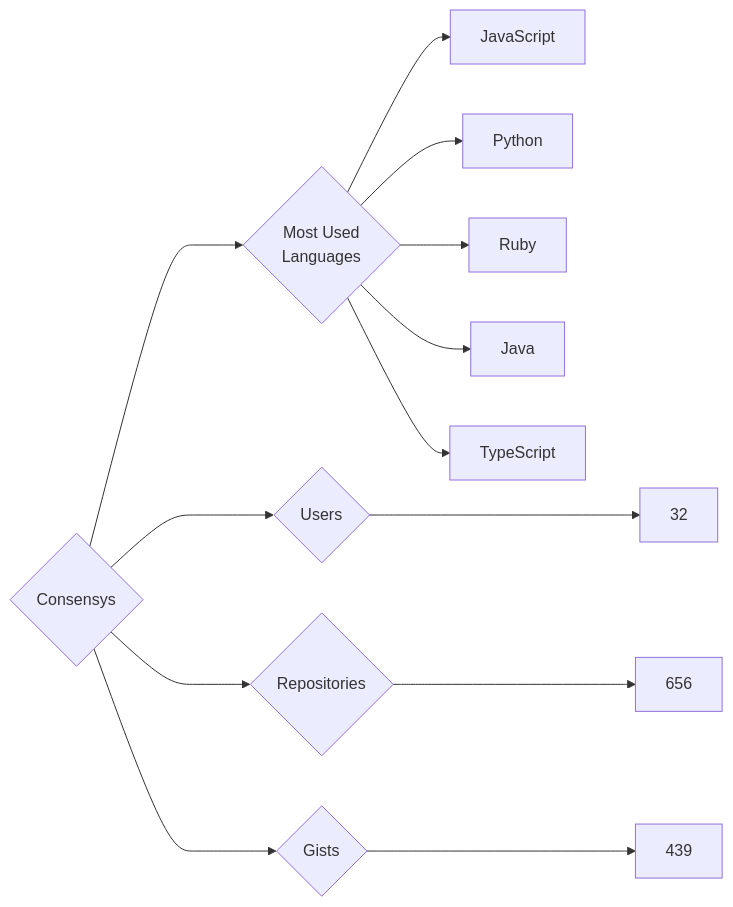
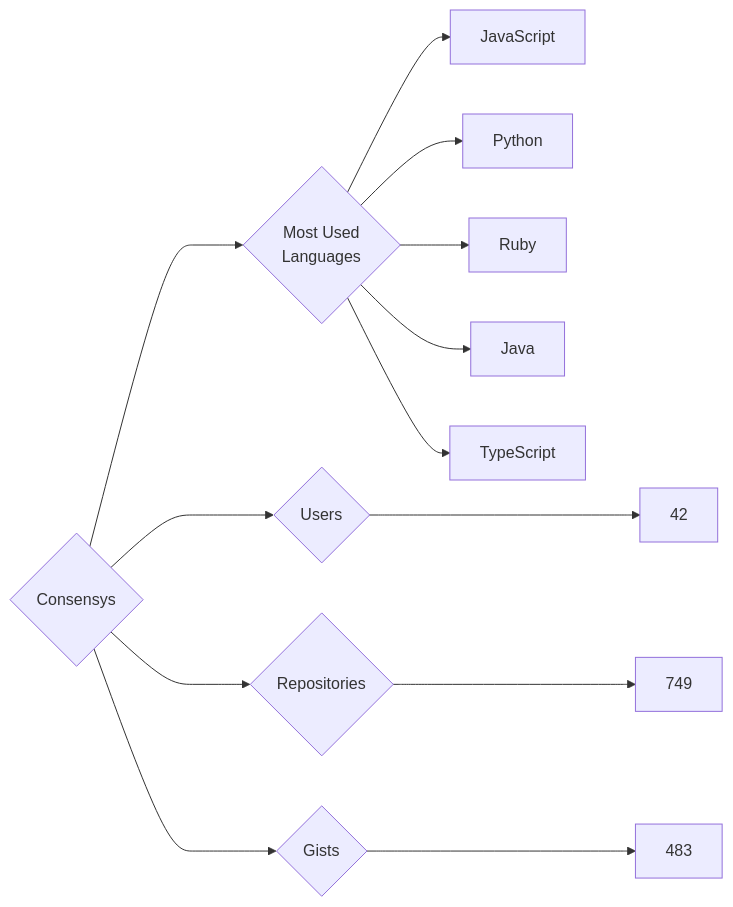
One commit to trickest/insiders changed the diagram in targets/Consensys/README.md. Above: the diagram before and after it, drawn with Mermaid. The commit also changed 965 other files, not shown here.

````diff
--- a/targets/Consensys/README.md
+++ b/targets/Consensys/README.md
@@ -3,13 +3,13 @@
 ```mermaid
 graph LR
 COMPANY_NAME{Consensys}
-COMPANY_NAME ---> U{Users} ---> UN[32]
-COMPANY_NAME ---> R{Repositories} ---> RN[656]
-COMPANY_NAME ---> G{Gists} ---> GN[439]
+COMPANY_NAME ---> U{Users} ---> UN[42]
+COMPANY_NAME ---> R{Repositories} ---> RN[749]
+COMPANY_NAME ---> G{Gists} ---> GN[483]
 COMPANY_NAME ---> ML{Most Used<br>Languages}
 ML --> JavaScript[JavaScript]
 ML --> Python[Python]
 ML --> Ruby[Ruby]
 ML --> Java[Java]
 ML --> TypeScript[TypeScript]
 ```
````
